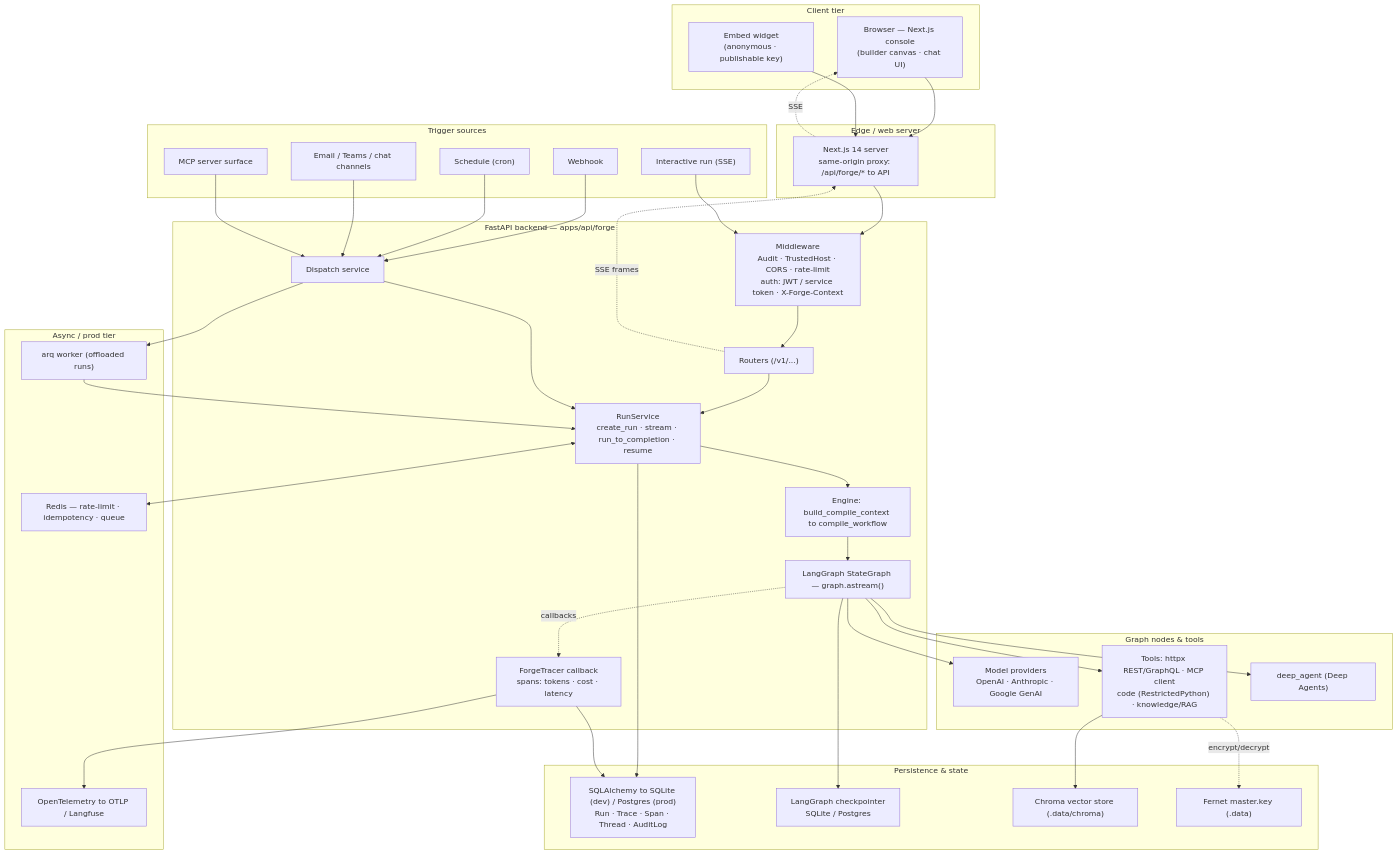
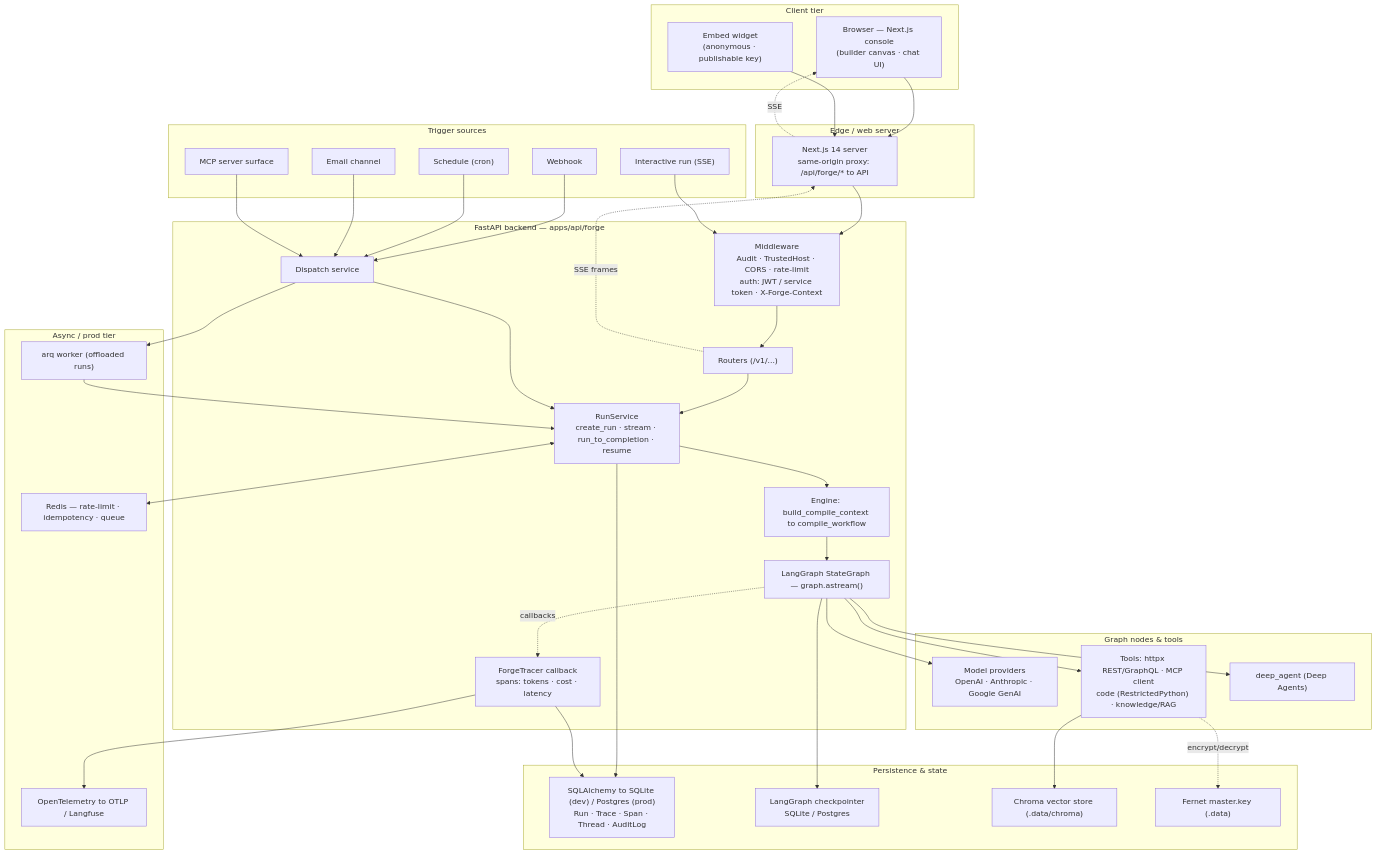
The first of 2 diagrams in TECH_STACK.md (nihalashetty/Forge), drawn with Mermaid before and after one commit. The commit also changed other lines of this file and 27 other files, not shown here.

Commit message:
refactor(channels): remove Microsoft Teams connector

````diff
--- a/TECH_STACK.md
+++ b/TECH_STACK.md
@@ -79,75 +79,75 @@
 ```mermaid
 flowchart TB
     subgraph Client["Client tier"]
         Browser["Browser — Next.js console<br/>(builder canvas · chat UI)"]
         Embed["Embed widget<br/>(anonymous · publishable key)"]
     end
 
     subgraph Edge["Edge / web server"]
         Next["Next.js 14 server<br/>same-origin proxy: /api/forge/* to API"]
     end
 
     subgraph Triggers["Trigger sources"]
         UI["Interactive run (SSE)"]
         WH["Webhook"]
         SCH["Schedule (cron)"]
-        CH["Email / Teams / chat channels"]
+        CH["Email channel"]
         MCPin["MCP server surface"]
     end
 
     subgraph API["FastAPI backend — apps/api/forge"]
         MW["Middleware<br/>Audit · TrustedHost · CORS · rate-limit<br/>auth: JWT / service token · X-Forge-Context"]
         Routers["Routers (/v1/...)"]
         Dispatch["Dispatch service"]
         RunSvc["RunService<br/>create_run · stream · run_to_completion · resume"]
         Compile["Engine: build_compile_context to compile_workflow"]
         Graph["LangGraph StateGraph — graph.astream()"]
         Tracer["ForgeTracer callback<br/>spans: tokens · cost · latency"]
     end
 
     subgraph Nodes["Graph nodes & tools"]
         Models["Model providers<br/>OpenAI · Anthropic · Google GenAI"]
         Tools["Tools: httpx REST/GraphQL · MCP client<br/>code (RestrictedPython) · knowledge/RAG"]
         Deep["deep_agent (Deep Agents)"]
     end
 
     subgraph DataTier["Persistence & state"]
         DB["SQLAlchemy to SQLite (dev) / Postgres (prod)<br/>Run · Trace · Span · Thread · AuditLog"]
         CP["LangGraph checkpointer<br/>SQLite / Postgres"]
         Vec["Chroma vector store (.data/chroma)"]
         Secrets["Fernet master.key (.data)"]
     end
 
     subgraph Async["Async / prod tier"]
         Redis["Redis — rate-limit · idempotency · queue"]
         Worker["arq worker (offloaded runs)"]
         OTel["OpenTelemetry to OTLP / Langfuse"]
     end
 
     Browser --> Next
     Embed --> Next
     Next --> MW
     UI --> MW
     WH --> Dispatch
     SCH --> Dispatch
     CH --> Dispatch
     MCPin --> Dispatch
     MW --> Routers --> RunSvc
     Dispatch --> RunSvc
     RunSvc --> Compile --> Graph
     Graph -. callbacks .-> Tracer
     Graph --> Models
     Graph --> Tools
     Graph --> Deep
     Tools --> Vec
     Tools -. encrypt/decrypt .-> Secrets
     RunSvc --> DB
     Graph --> CP
     Tracer --> DB
     Tracer --> OTel
     RunSvc <--> Redis
     Dispatch --> Worker
     Worker --> RunSvc
     Routers -. SSE frames .-> Next
     Next -. SSE .-> Browser
 ```
````
